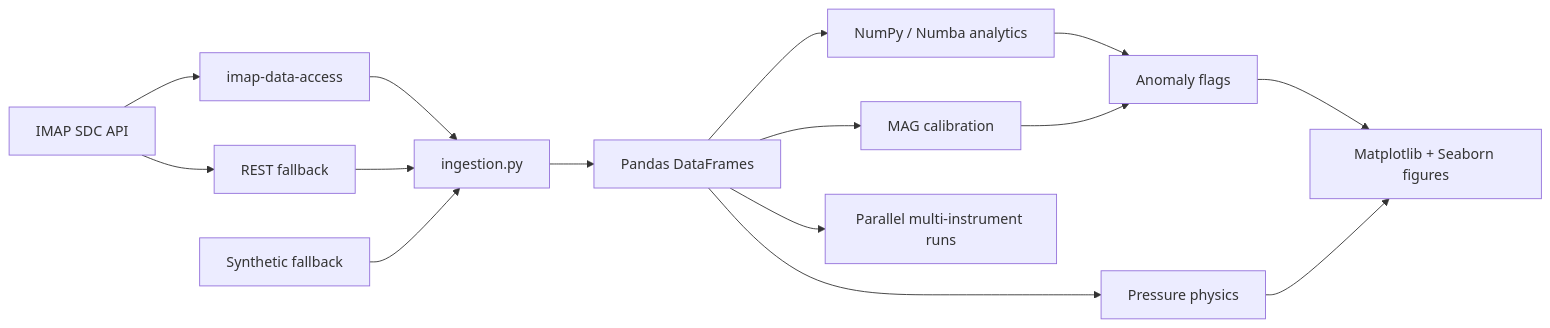
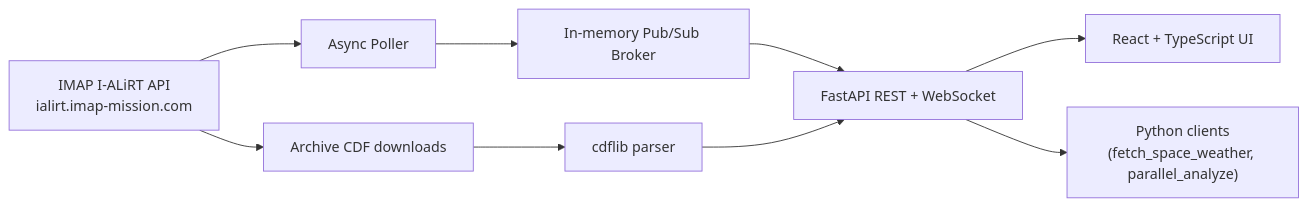
One commit to Amrutha-J822/IMAP-I-ALiRT-Explorer changed the diagram in README.md. Above: the diagram before and after it, drawn with Mermaid. The commit also changed other lines of this file and 34 other files, not shown here.

First line of the commit message:
Add live pub/sub backend, React UI, and calibration lab

````diff
--- a/README.md
+++ b/README.md
@@ -59,17 +66,11 @@
 ```mermaid
 flowchart LR
-    A["IMAP SDC API"] --> B["imap-data-access"]
-    B --> C["ingestion.py"]
-    A --> D["REST fallback"]
-    D --> C
-    E["Synthetic fallback"] --> C
-    C --> F["Pandas DataFrames"]
-    F --> G["NumPy / Numba analytics"]
-    F --> H["MAG calibration"]
-    G --> I["Anomaly flags"]
-    H --> I
-    F --> J["Pressure physics"]
-    I --> K["Matplotlib + Seaborn figures"]
-    J --> K
-    F --> L["Parallel multi-instrument runs"]
+    A["IMAP I-ALiRT API<br/>ialirt.imap-mission.com"] --> B["Async Poller"]
+    B --> C["In-memory Pub/Sub Broker"]
+    C --> D["FastAPI REST + WebSocket"]
+    D --> E["React + TypeScript UI"]
+    D --> F["Python clients<br/>(fetch_space_weather, parallel_analyze)"]
+    A --> G["Archive CDF downloads"]
+    G --> H["cdflib parser"]
+    H --> D
 ```
````
